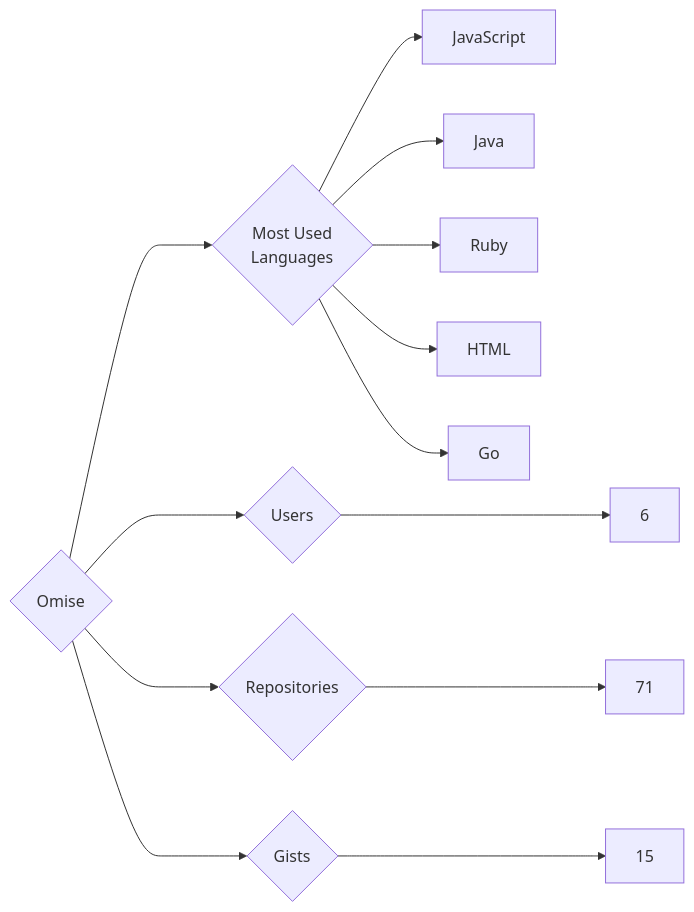
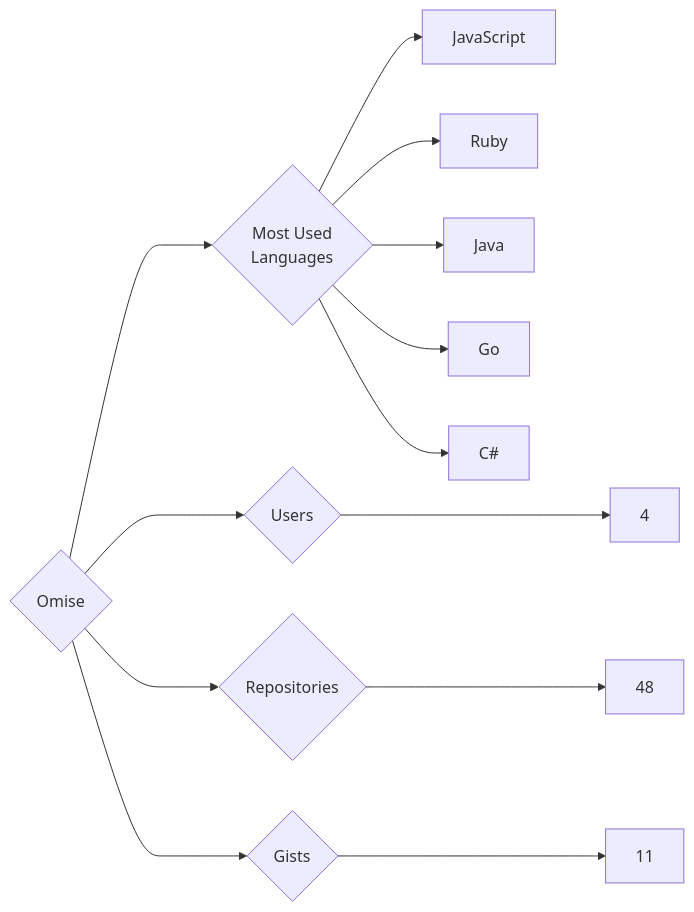
One commit to trickest/insiders changed the diagram in targets/Omise/README.md. Above: the diagram before and after it, drawn with Mermaid. The commit also changed 728 other files, not shown here.

````diff
--- a/targets/Omise/README.md
+++ b/targets/Omise/README.md
@@ -3,13 +3,13 @@
 ```mermaid
 graph LR
 COMPANY_NAME{Omise}
-COMPANY_NAME ---> U{Users} ---> UN[6]
-COMPANY_NAME ---> R{Repositories} ---> RN[71]
-COMPANY_NAME ---> G{Gists} ---> GN[15]
+COMPANY_NAME ---> U{Users} ---> UN[4]
+COMPANY_NAME ---> R{Repositories} ---> RN[48]
+COMPANY_NAME ---> G{Gists} ---> GN[11]
 COMPANY_NAME ---> ML{Most Used<br>Languages}
 ML --> JavaScript[JavaScript]
+ML --> Ruby[Ruby]
 ML --> Java[Java]
-ML --> Ruby[Ruby]
-ML --> HTML[HTML]
 ML --> Go[Go]
+ML --> C#[C#]
 ```
````
